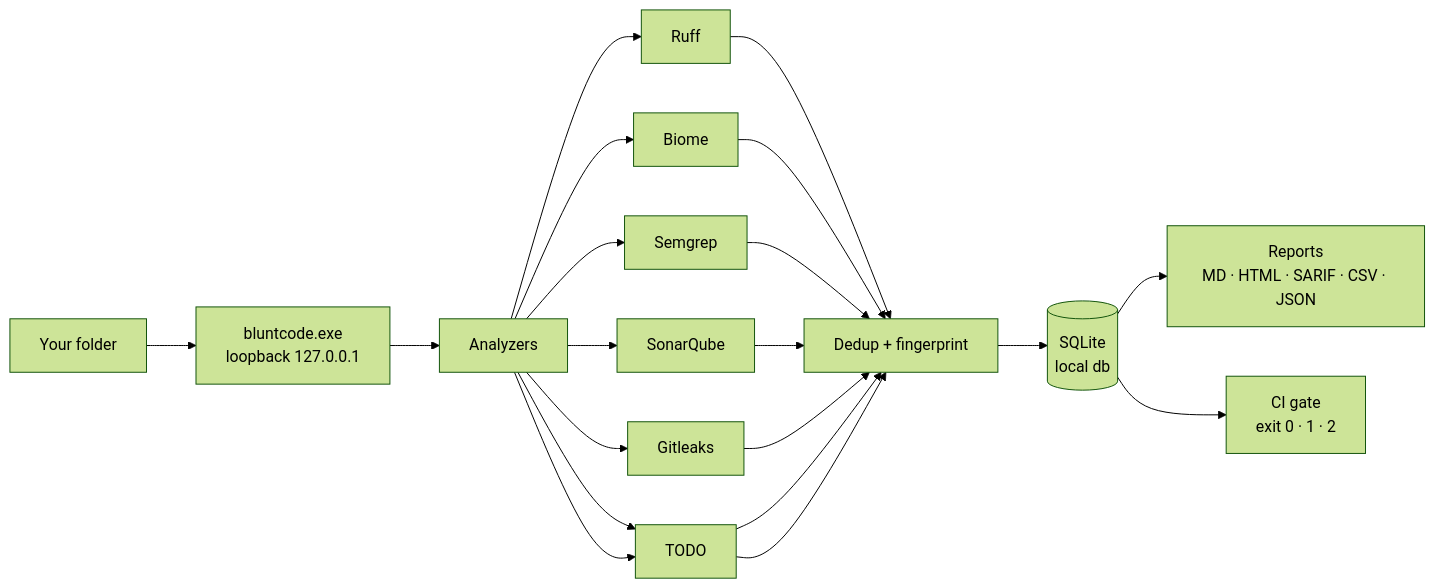
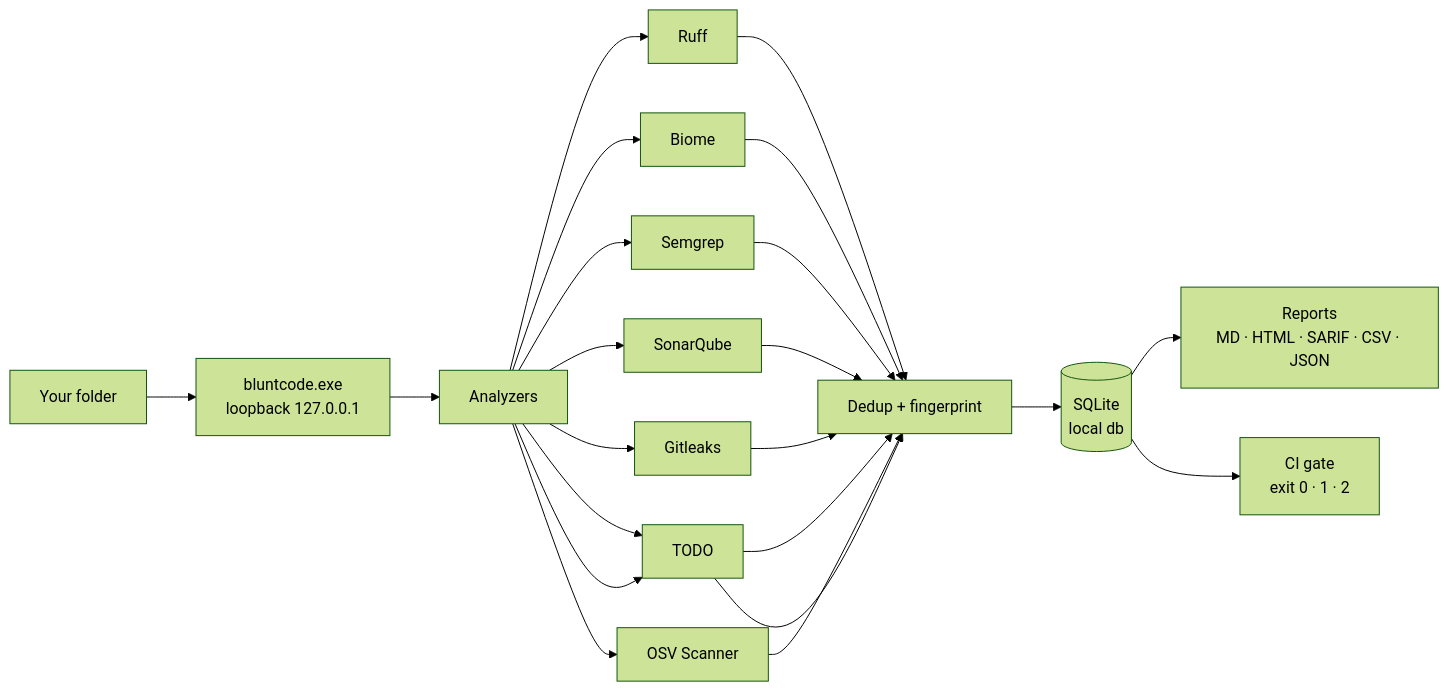
The diagram in README.md (sanketpatel32/Blunt-code), drawn with Mermaid (forest theme) before and after one commit. The commit also changed other lines of this file and 19 other files, not shown here.

First line of the commit message:
feat(analyzers): OSV Scanner 2.5.1 — dependency CVEs on deep scans

````diff
--- a/README.md
+++ b/README.md
@@ -40,22 +40,24 @@
 ```mermaid
 flowchart LR
     A["Your folder"] --> B["bluntcode.exe<br>loopback 127.0.0.1"]
     B --> C["Analyzers"]
     C --> D1["Ruff"]
     C --> D2["Biome"]
     C --> D3["Semgrep"]
     C --> D4["SonarQube"]
     C --> D5["Gitleaks"]
     C --> D6["Secrets"]
+    C --> D7["OSV Scanner"]
     C --> D6["TODO"]
     D1 --> E["Dedup + fingerprint"]
     D2 --> E
     D3 --> E
     D4 --> E
     D5 --> E
     D6 --> E
+    D7 --> E
     D6 --> E
     E --> F[("SQLite<br>local db")]
     F --> G["Reports<br>MD · HTML · SARIF · CSV · JSON"]
     F --> H["CI gate<br>exit 0 · 1 · 2"]
 ```
````
